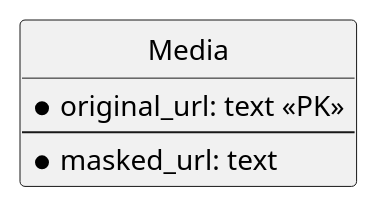
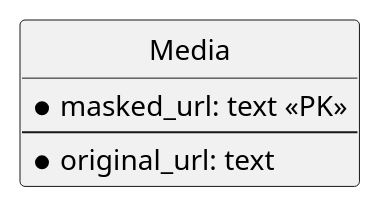
The diagram in media.database.plantuml (saifaldin/diagrams), drawn with PlantUML before and after one commit. The commit also changed 3 other files, not shown here.

Commit message:
Add media service diagrams

```diff
--- a/media.database.plantuml
+++ b/media.database.plantuml
@@ -1,14 +1,14 @@
-@startuml
+@startuml media database
 ' hide the spot
 hide circle
 
 ' avoid problems with angled crows feet
 skinparam linetype ortho
 
 entity "Media" as media {
-    *original_url: text <<PK>>
+    *masked_url: text <<PK>>
     --
-    *masked_url: text
+    *original_url: text 
 }
 
 @enduml
```
